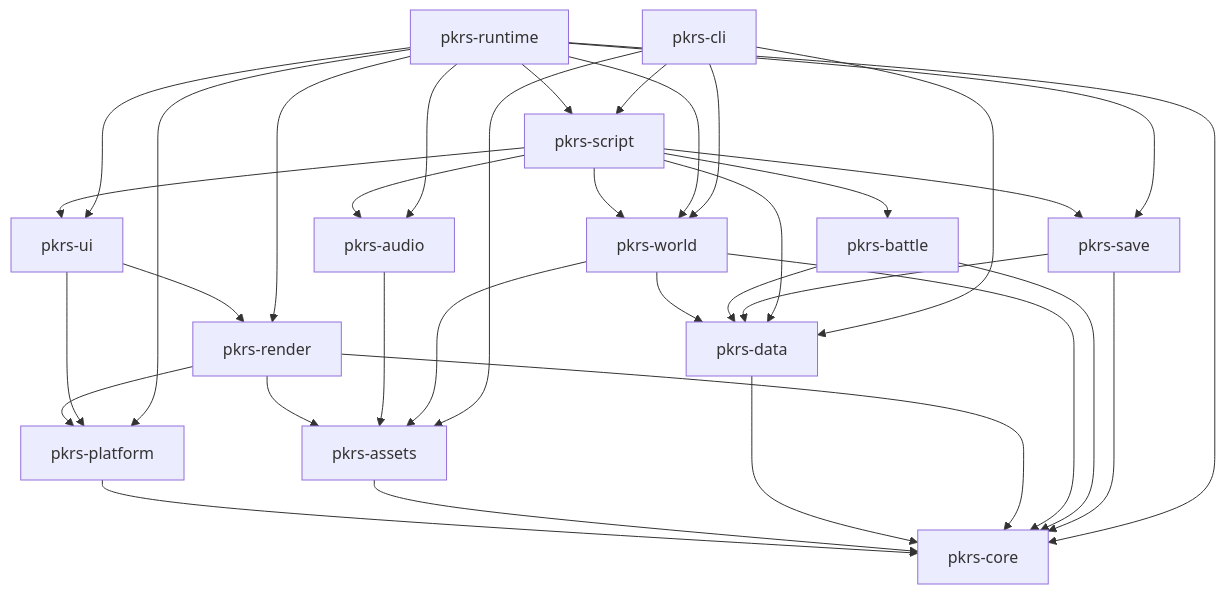
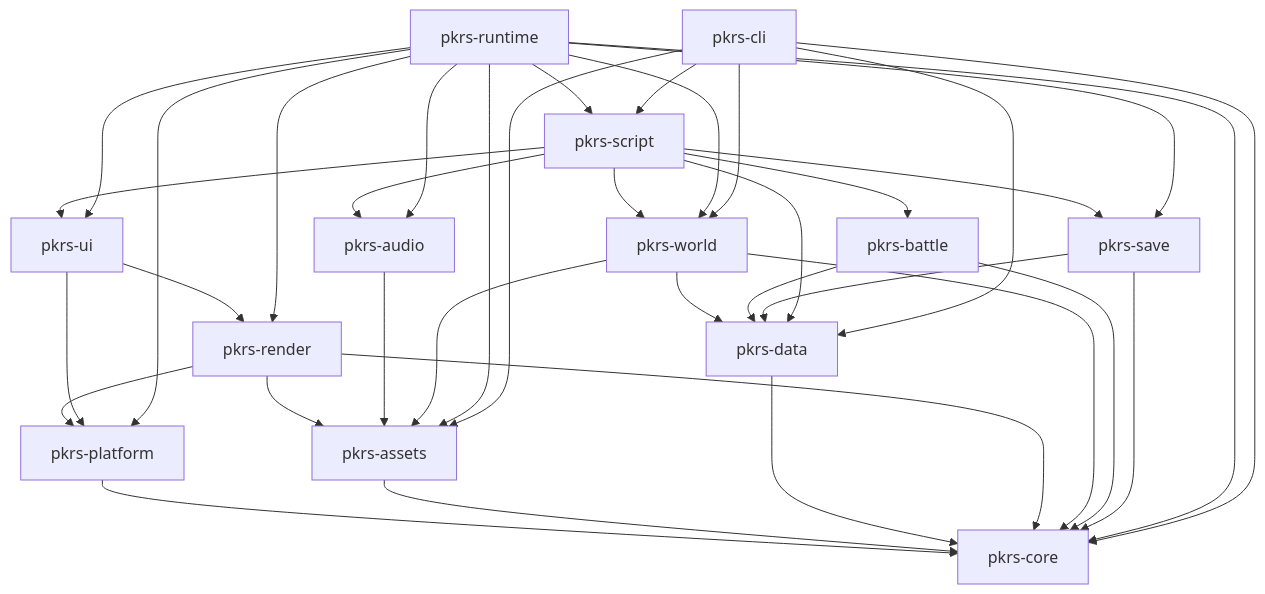
Before and after one commit to umbertocicciaa/pkrs: the third of 5 diagrams in docs/design.md, drawn with Mermaid. The commit also changed other lines of this file and 26 other files, not shown here.

First line of the commit message:
cli: `pkrs new` (one-shot template) and `pkrs run`

````diff
--- a/docs/design.md
+++ b/docs/design.md
@@ -359,16 +361,16 @@
 ```mermaid
 flowchart TD
   core[pkrs-core]
   platform[pkrs-platform] --> core
   assets[pkrs-assets] --> core
   data[pkrs-data] --> core
   render[pkrs-render] --> core & platform & assets
   audio[pkrs-audio] --> assets
   world[pkrs-world] --> core & data & assets
   battle[pkrs-battle] --> core & data
   save[pkrs-save] --> core & data
   ui[pkrs-ui] --> render & platform
   script[pkrs-script] --> world & battle & data & save & ui & audio
-  runtime[pkrs-runtime] --> core & script & render & audio & ui & save & world & platform
-  cli[pkrs-cli] --> data & assets & world & script
+  runtime[pkrs-runtime] --> core & assets & script & render & audio & ui & save & world & platform
+  cli[pkrs-cli] --> core & data & assets & world & script
 ```
````
